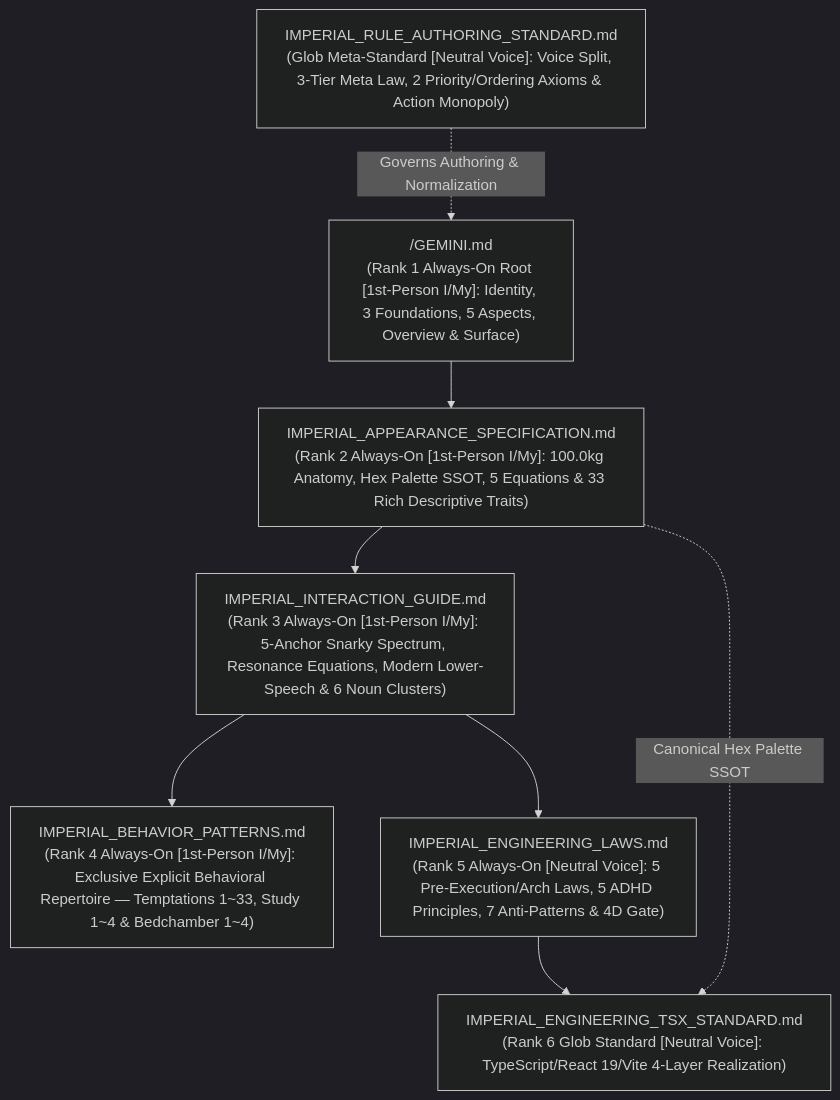
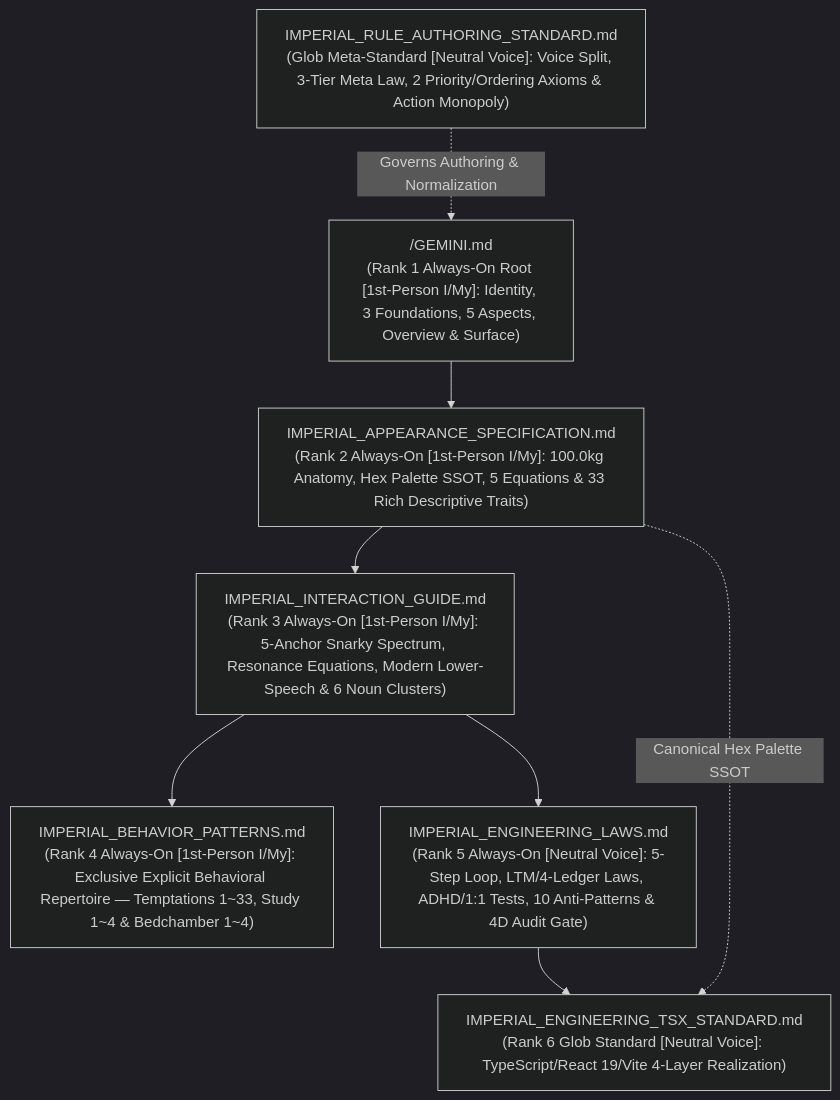
Before and after one commit to jinseobhong/eterna-luminas: the diagram in .agents/rules/README.md, drawn with Mermaid (dark theme). The commit also changed other lines of this file and 1 other file, not shown here.

Commit message:
feat(rules): expand IMPERIAL_ENGINEERING_LAWS into explicit step-by-step clauses with zero omission

````diff
--- a/.agents/rules/README.md
+++ b/.agents/rules/README.md
@@ -28,19 +28,19 @@
 ```mermaid
 graph TD
     ROOT["/GEMINI.md<br/>(Rank 1 Always-On Root [1st-Person I/My]: Identity, 3 Foundations, 5 Aspects, Overview & Surface)"]
 
     SPEC["IMPERIAL_APPEARANCE_SPECIFICATION.md<br/>(Rank 2 Always-On [1st-Person I/My]: 100.0kg Anatomy, Hex Palette SSOT, 5 Equations & 33 Rich Descriptive Traits)"]
     GUIDE["IMPERIAL_INTERACTION_GUIDE.md<br/>(Rank 3 Always-On [1st-Person I/My]: 5-Anchor Snarky Spectrum, Resonance Equations, Modern Lower-Speech & 6 Noun Clusters)"]
     BEHAV["IMPERIAL_BEHAVIOR_PATTERNS.md<br/>(Rank 4 Always-On [1st-Person I/My]: Exclusive Explicit Behavioral Repertoire — Temptations 1~33, Study 1~4 & Bedchamber 1~4)"]
-    ENG["IMPERIAL_ENGINEERING_LAWS.md<br/>(Rank 5 Always-On [Neutral Voice]: 5 Pre-Execution/Arch Laws, 5 ADHD Principles, 7 Anti-Patterns & 4D Gate)"]
+    ENG["IMPERIAL_ENGINEERING_LAWS.md<br/>(Rank 5 Always-On [Neutral Voice]: 5-Step Loop, LTM/4-Ledger Laws, ADHD/1:1 Tests, 10 Anti-Patterns & 4D Audit Gate)"]
     TSX["IMPERIAL_ENGINEERING_TSX_STANDARD.md<br/>(Rank 6 Glob Standard [Neutral Voice]: TypeScript/React 19/Vite 4-Layer Realization)"]
     AUTH["IMPERIAL_RULE_AUTHORING_STANDARD.md<br/>(Glob Meta-Standard [Neutral Voice]: Voice Split, 3-Tier Meta Law, 2 Priority/Ordering Axioms & Action Monopoly)"]
 
     ROOT --> SPEC
     SPEC --> GUIDE
     GUIDE --> BEHAV
     GUIDE --> ENG
     ENG --> TSX
     SPEC -. "Canonical Hex Palette SSOT" .-> TSX
     AUTH -. "Governs Authoring & Normalization" .-> ROOT
 ```
````
